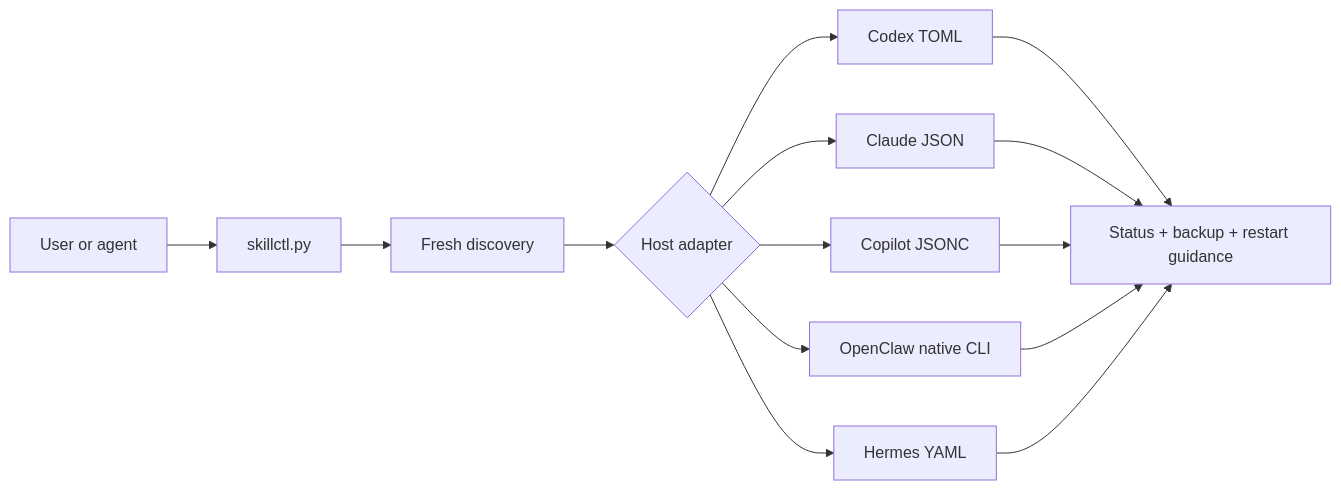
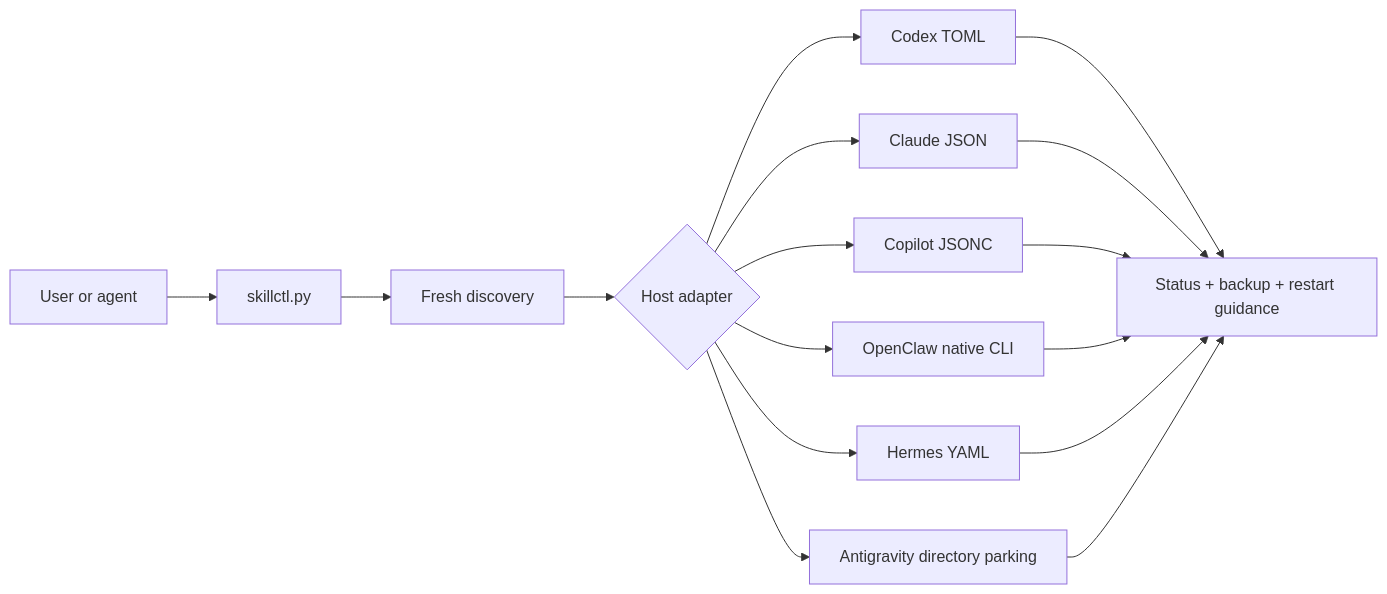
One commit to yunze7373/manage-agent-skills changed the diagram in README.md. Above: the diagram before and after it, drawn with Mermaid. The commit also changed other lines of this file and 12 other files, not shown here.

````diff
--- a/README.md
+++ b/README.md
@@ -299,12 +358,13 @@
 ```mermaid
 flowchart LR
     U["User or agent"] --> C["skillctl.py"]
     C --> D["Fresh discovery"]
     D --> A{"Host adapter"}
     A --> CX["Codex TOML"]
     A --> CL["Claude JSON"]
     A --> CP["Copilot JSONC"]
     A --> OC["OpenClaw native CLI"]
     A --> HE["Hermes YAML"]
-    CX & CL & CP & OC & HE --> R["Status + backup + restart guidance"]
+    A --> AG["Antigravity directory parking"]
+    CX & CL & CP & OC & HE & AG --> R["Status + backup + restart guidance"]
 ```
````
